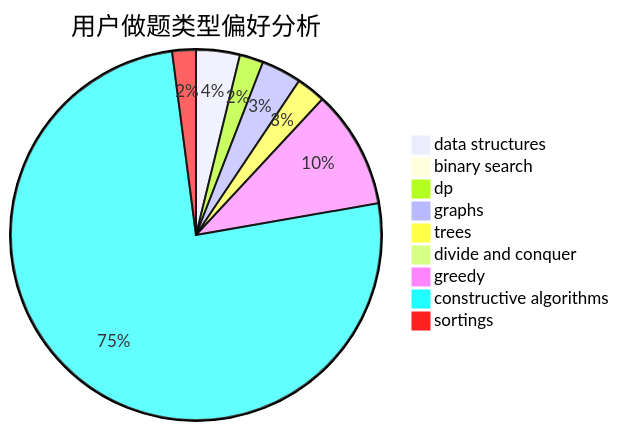
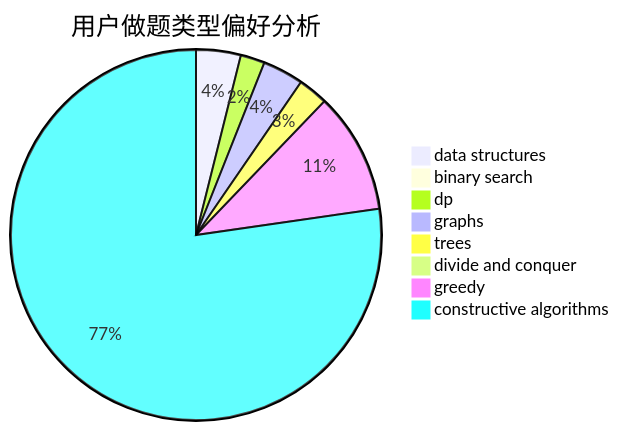
One commit to sherpahu/cfrs.github.io changed the second of 3 diagrams in docs/user/u513.md. Above: the diagram before and after it, drawn with Mermaid. The commit also changed other lines of this file and 2769 other files, not shown here.

````diff
--- a/docs/user/u513.md
+++ b/docs/user/u513.md
@@ -18,12 +18,11 @@
 ```mermaid
 pie title 用户做题类型偏好分析
     "data structures" :  24
     "binary search" :  3
     "dp" :  13
     "graphs" :  22
     "trees" :  16
     "divide and conquer" :  0
     "greedy" :  65
     "constructive algorithms" :  476
-    "sortings" :  13
 ```
````
